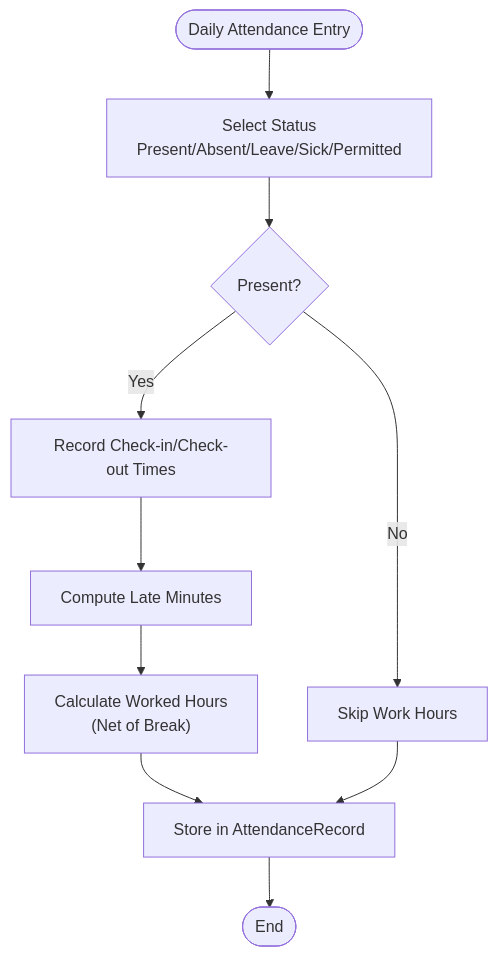
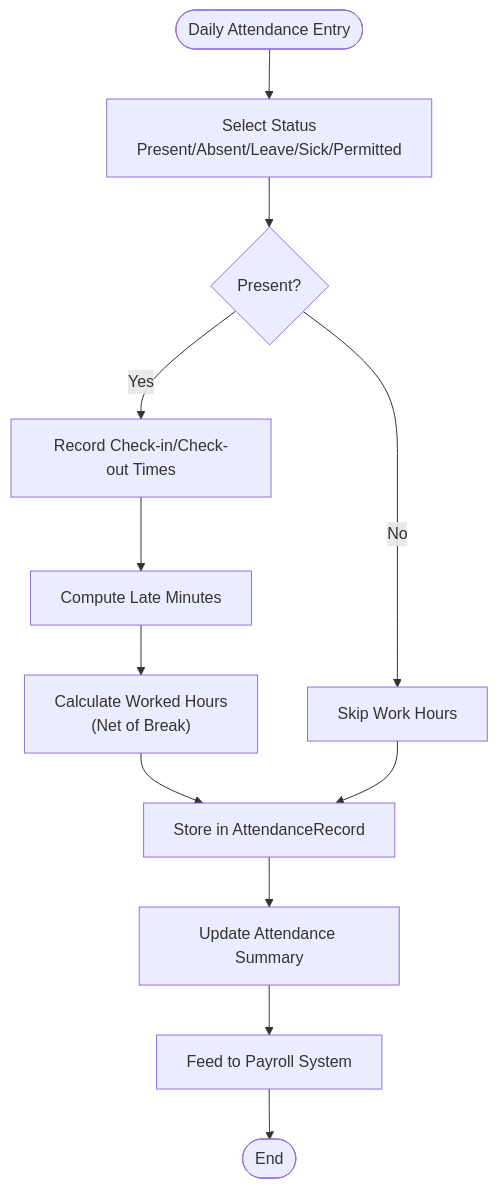
One commit to bikinaplikasipakeqoder-dot/payroll-hris changed the sixth of 8 diagrams in .qoder/repowiki/en/content/Attendance & Overtime.md. Above: the diagram before and after it, drawn with Mermaid. The commit also changed other lines of this file and 22 other files, not shown here.

Commit message:
feat: show monthly attendance summary per employee with detail modal

````diff
--- a/.qoder/repowiki/en/content/Attendance & Overtime.md
+++ b/.qoder/repowiki/en/content/Attendance & Overtime.md
@@ -304,12 +346,14 @@
 ```mermaid
 flowchart TD
 Start(["Daily Attendance Entry"]) --> Status["Select Status<br/>Present/Absent/Leave/Sick/Permitted"]
 Status --> Present{"Present?"}
 Present --> |Yes| CheckInOut["Record Check-in/Check-out Times"]
 Present --> |No| Skip["Skip Work Hours"]
 CheckInOut --> LateFlag["Compute Late Minutes"]
 LateFlag --> Hours["Calculate Worked Hours<br/>(Net of Break)"]
 Hours --> Store["Store in AttendanceRecord"]
 Skip --> Store
-Store --> End(["End"])
+Store --> Metrics["Update Attendance Summary"]
+Metrics --> Payroll["Feed to Payroll System"]
+Payroll --> End(["End"])
 ```
````
